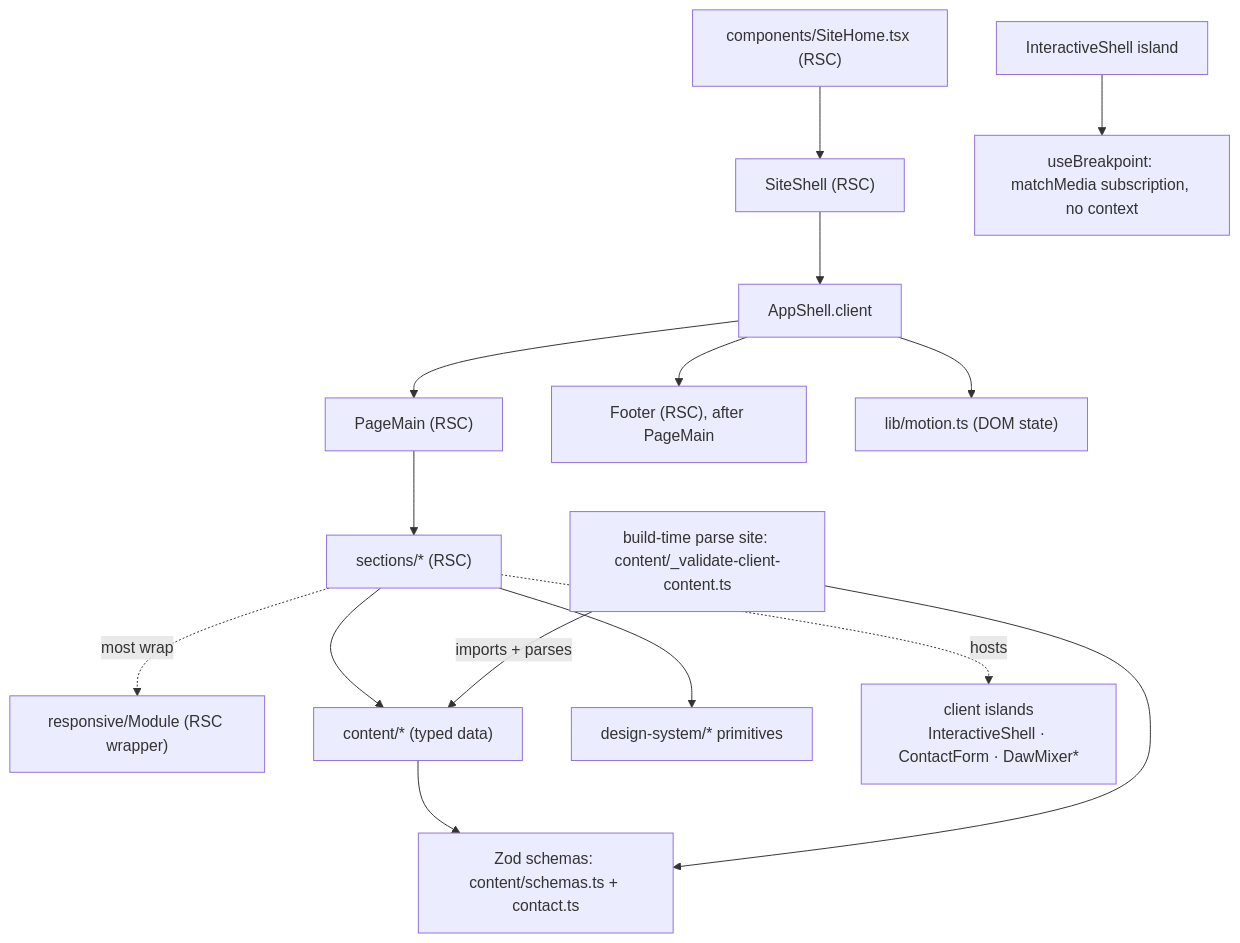
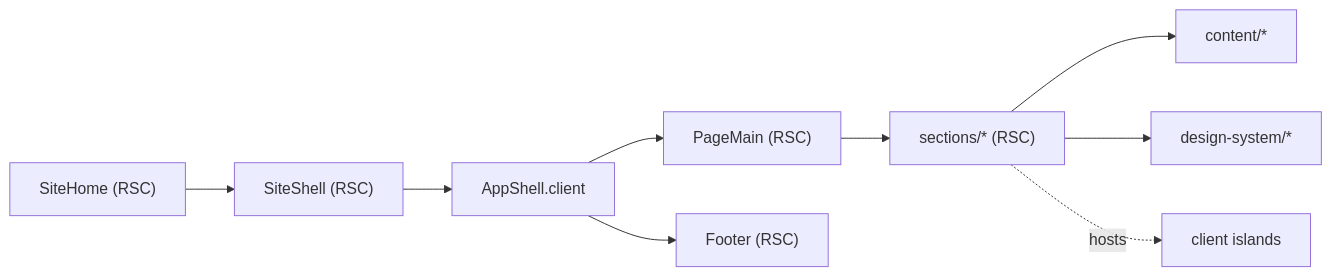
The second of 5 diagrams in docs/01-architecture.md (erikunha/portfolio), drawn with Mermaid before and after one commit. The commit also changed other lines of this file, not shown here.

First line of the commit message:
docs(architecture): split the architecture diagrams into small single-flow views

````diff
--- a/docs/01-architecture.md
+++ b/docs/01-architecture.md
@@ -127,17 +68,9 @@
 ```mermaid
-flowchart TD
-    page["components/SiteHome.tsx (RSC)"] --> siteshell["SiteShell (RSC)"]
-    siteshell --> shell["AppShell.client"]
-    shell --> main["PageMain (RSC)"]
-    main --> sectionN["sections/* (RSC)"]
-    shell --> footer["Footer (RSC), after PageMain"]
-    sectionN -. most wrap .-> module["responsive/Module (RSC wrapper)"]
-    sectionN --> content["content/* (typed data)"]
-    sectionN --> dsprim["design-system/* primitives"]
-    sectionN -. hosts .-> island["client islands<br/>InteractiveShell · ContactForm · DawMixer*"]
-    content --> schemas["Zod schemas: content/schemas.ts + contact.ts"]
-    gate["build-time parse site: content/_validate-client-content.ts"] -->|imports + parses| content
-    gate --> schemas
-    shellisland["InteractiveShell island"] --> media["useBreakpoint: matchMedia subscription, no context"]
-    shell --> motion["lib/motion.ts (DOM state)"]
+flowchart LR
+    home["SiteHome (RSC)"] --> site["SiteShell (RSC)"] --> app["AppShell.client"]
+    app --> main["PageMain (RSC)"] --> sections["sections/* (RSC)"]
+    app --> footer["Footer (RSC)"]
+    sections --> content["content/*"]
+    sections --> ds["design-system/*"]
+    sections -.->|hosts| islands["client islands"]
 ```
````
